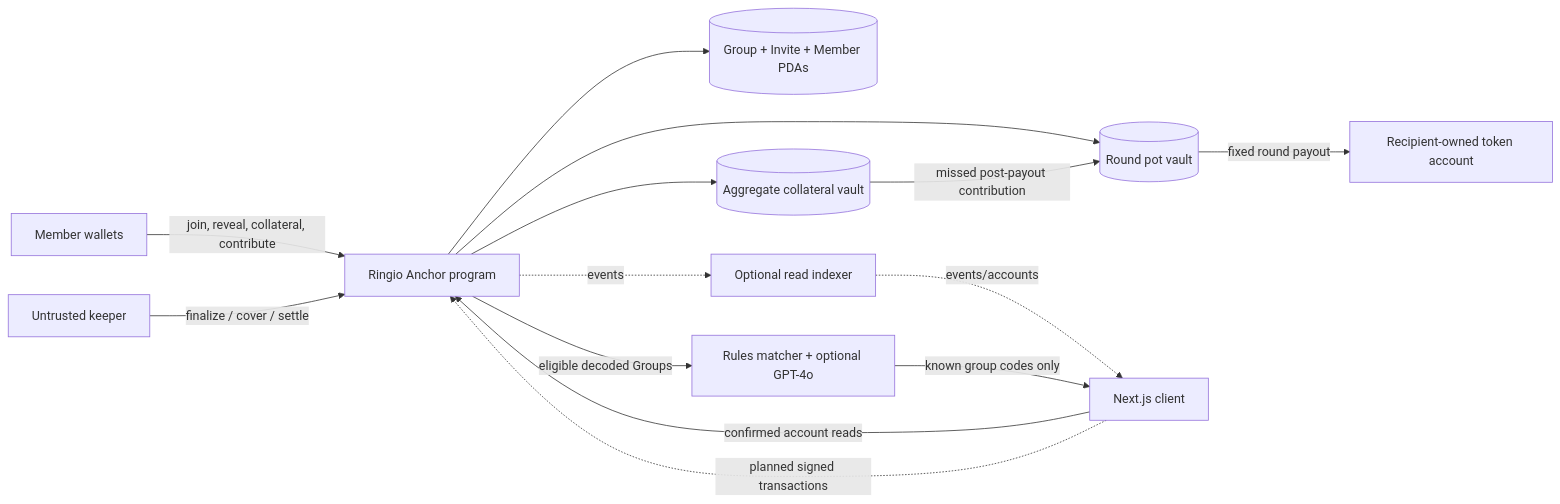
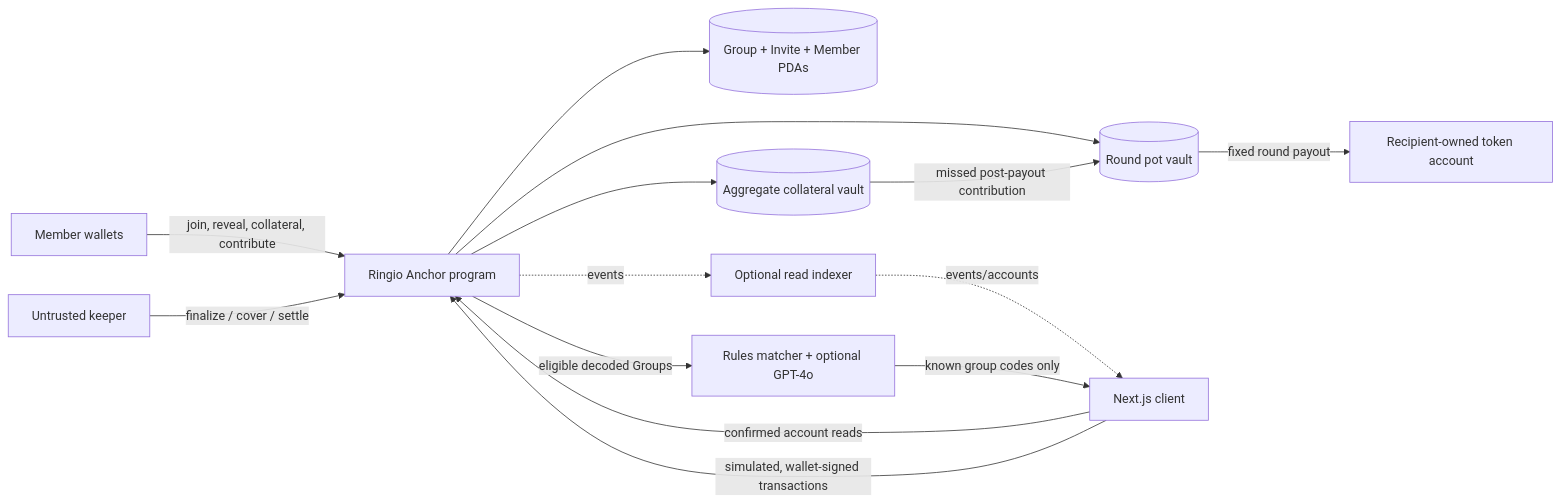
The diagram in docs/architecture.md (furkan3152/ringio), drawn with Mermaid before and after one commit. The commit also changed other lines of this file and 79 other files, not shown here.

First line of the commit message:
feat: wallet-signed circles and a new UI

````diff
--- a/docs/architecture.md
+++ b/docs/architecture.md
@@ -34,16 +34,16 @@
 ```mermaid
 flowchart LR
     W[Member wallets] -->|join, reveal, collateral, contribute| P[Ringio Anchor program]
     K[Untrusted keeper] -->|finalize / cover / settle| P
     P --> C[(Group + Invite + Member PDAs)]
     P --> V[(Round pot vault)]
     P --> CV[(Aggregate collateral vault)]
     V -->|fixed round payout| R[Recipient-owned token account]
     CV -->|missed post-payout contribution| V
     UI[Next.js client] -->|confirmed account reads| P
-    UI -. planned signed transactions .-> P
+    UI -->|simulated, wallet-signed transactions| P
     IX[Optional read indexer] -. events/accounts .-> UI
     P -. events .-> IX
     P -->|eligible decoded Groups| AI[Rules matcher + optional GPT-4o]
     AI -->|known group codes only| UI
 ```
````
